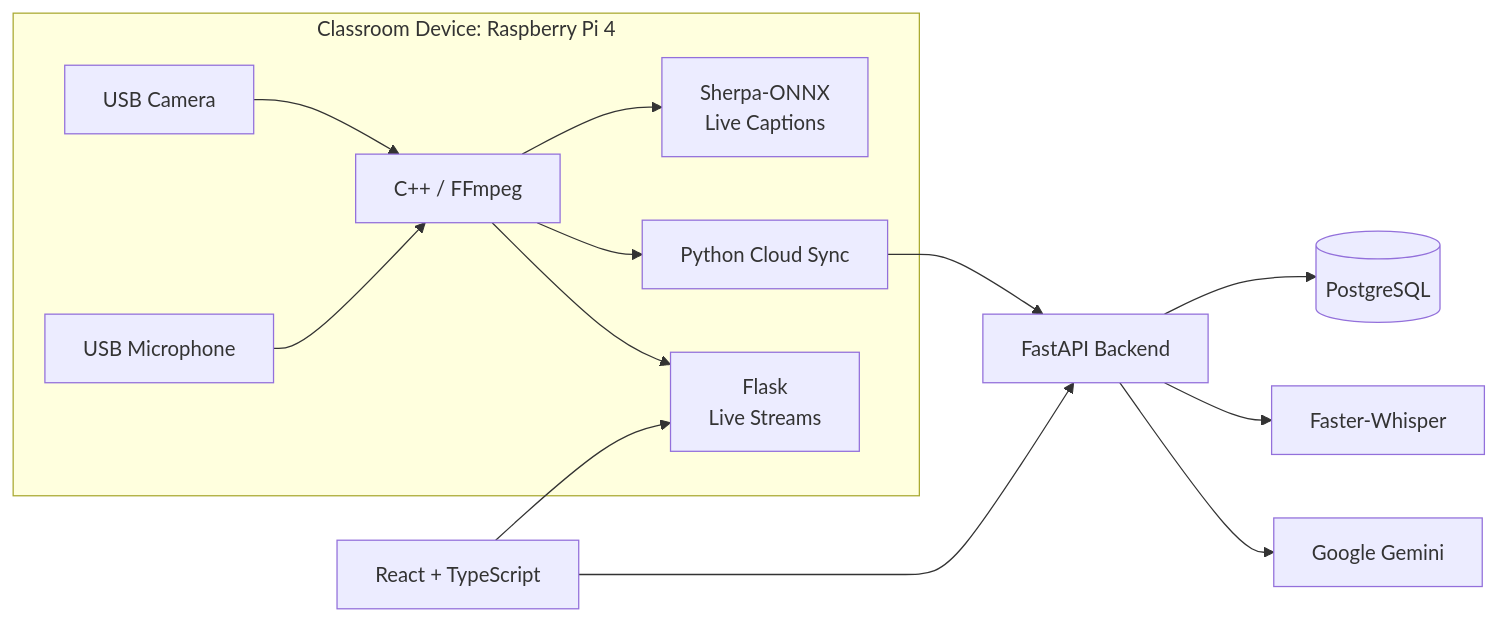
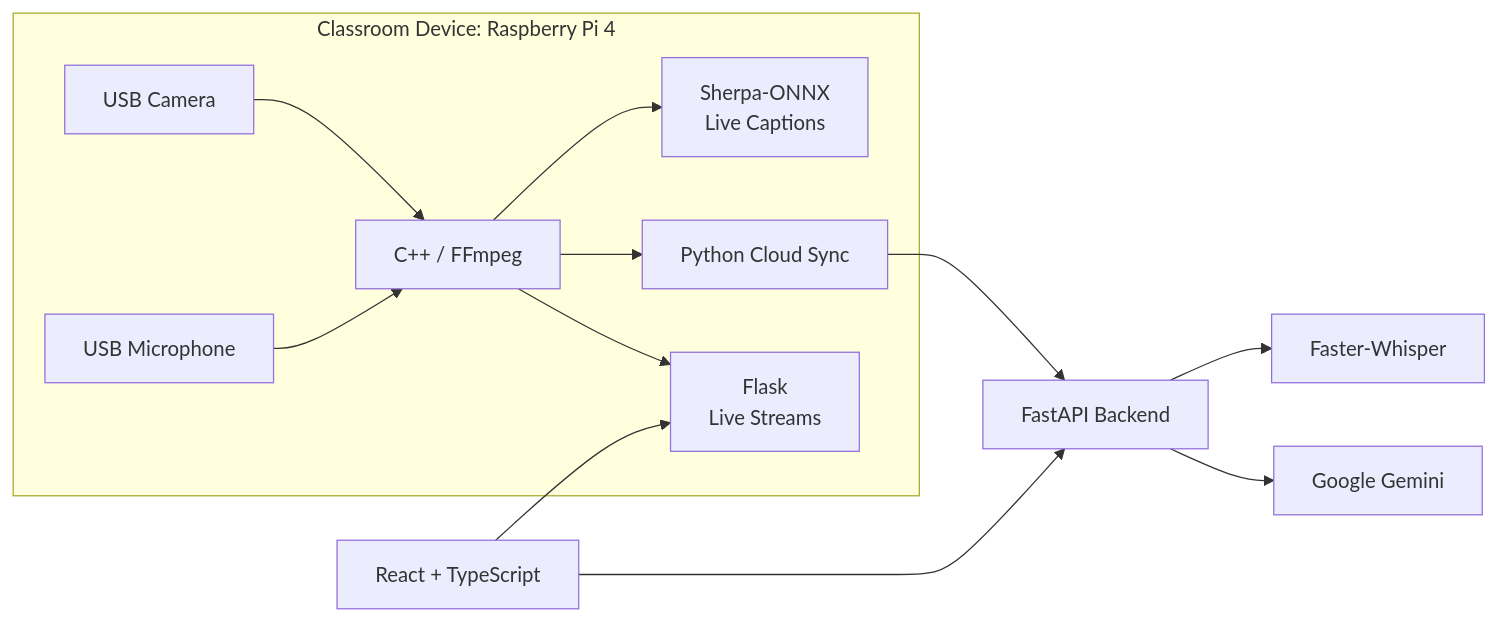
Before and after one commit to Jvertuss/Knightscribe: the diagram in README.md, drawn with Mermaid. The commit also changed other lines of this file, not shown here.

First line of the commit message:
Update README to remove PostgreSQL references

````diff
--- a/README.md
+++ b/README.md
@@ -19,18 +19,17 @@
 ```mermaid
 flowchart LR
     subgraph Pi["Classroom Device: Raspberry Pi 4"]
         CAM["USB Camera"] --> CAP["C++ / FFmpeg"]
         MIC["USB Microphone"] --> CAP
         CAP --> LIVE["Sherpa-ONNX<br/>Live Captions"]
         CAP --> SYNC["Python Cloud Sync"]
         CAP --> STREAM["Flask<br/>Live Streams"]
     end
 
     SYNC --> API["FastAPI Backend"]
-    API --> DB[("PostgreSQL")]
     API --> WHISPER["Faster-Whisper"]
     API --> GEMINI["Google Gemini"]
 
     SITE["React + TypeScript"] --> API
     SITE --> STREAM
 ```
````
